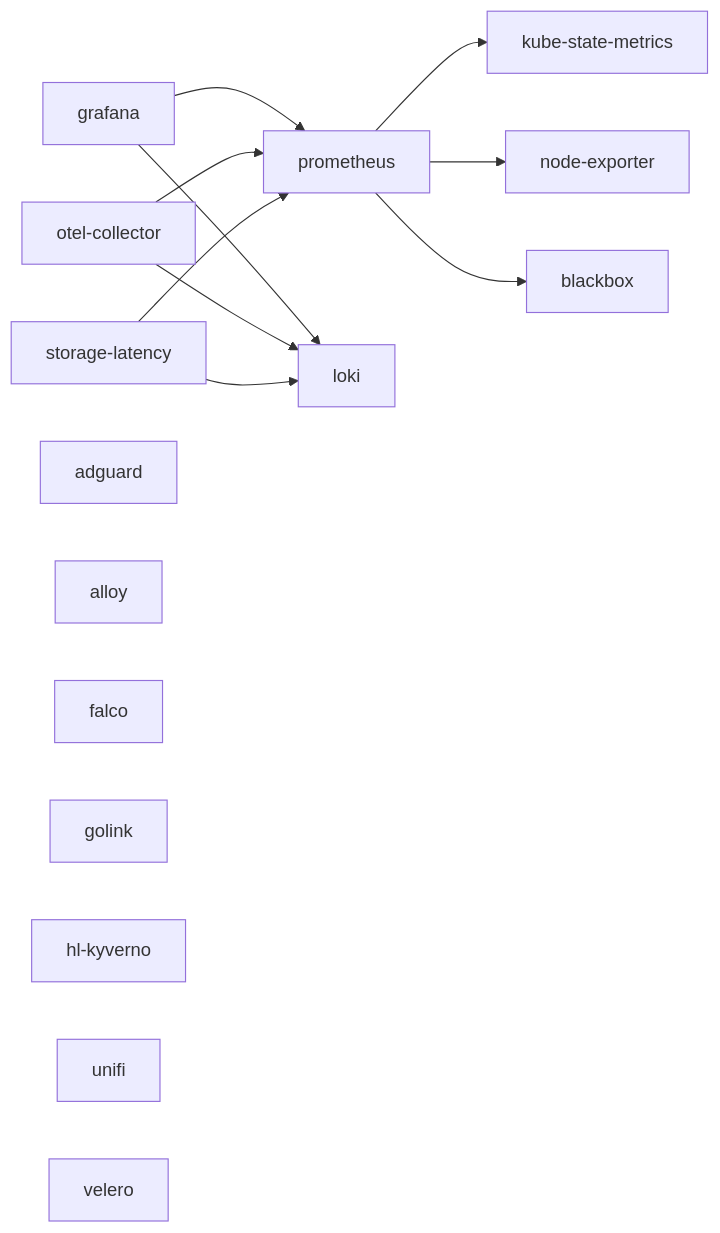
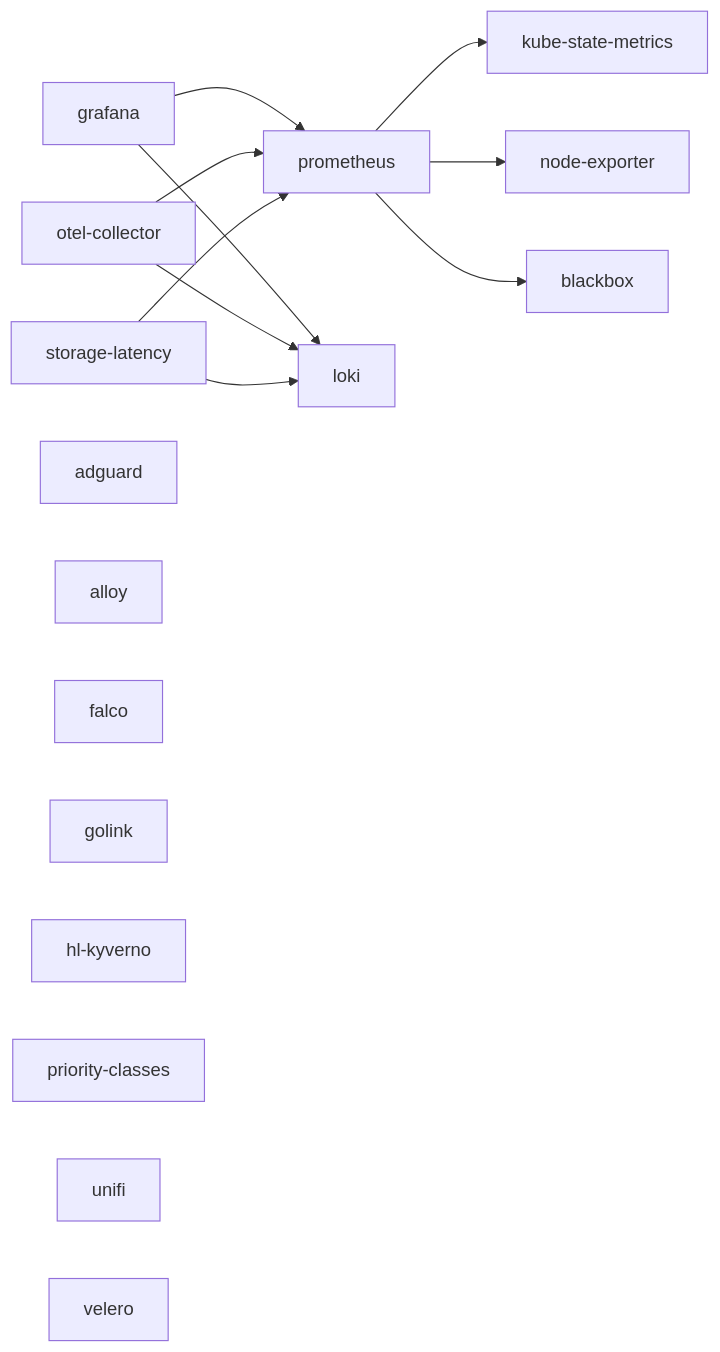
Before and after one commit to ariel-extending851/homelab: the diagram in docs/services/README.md, drawn with Mermaid. The commit also changed other lines of this file and 6 other files, not shown here.

First line of the commit message:
feat(scheduling): add hl-tenant-critical / hl-tenant-background priority classes (#129)

````diff
--- a/docs/services/README.md
+++ b/docs/services/README.md
@@ -36,19 +37,20 @@
 ```mermaid
 graph LR
   grafana --> prometheus
   grafana --> loki
   otel-collector --> loki
   otel-collector --> prometheus
   prometheus --> kube-state-metrics
   prometheus --> node-exporter
   prometheus --> blackbox
   storage-latency --> prometheus
   storage-latency --> loki
   adguard
   alloy
   falco
   golink
   hl-kyverno
+  priority-classes
   unifi
   velero
 ```
````
